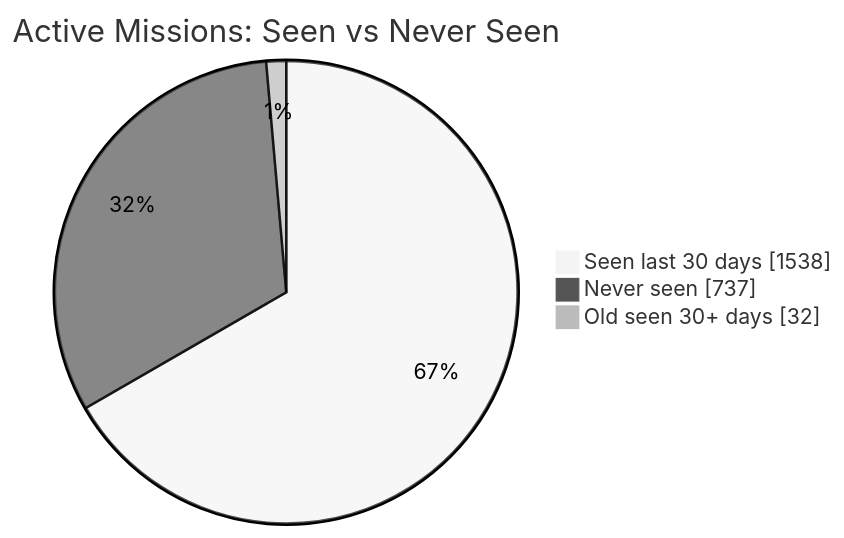
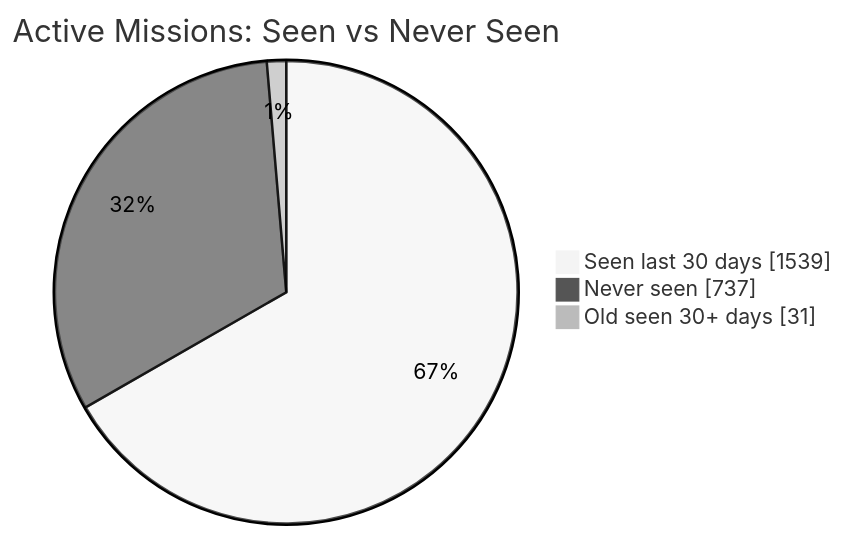
One commit to MeldkamerspelGameTeam/active-missions changed the first of 2 diagrams in README.md. Above: the diagram before and after it, drawn with Mermaid (neutral theme). The commit also changed other lines of this file and 3 other files, not shown here.

````diff
--- a/README.md
+++ b/README.md
@@ -34,7 +34,7 @@
 ```mermaid
 pie showData
     title Active Missions: Seen vs Never Seen
-    "Seen last 30 days" : 1538
+    "Seen last 30 days" : 1539
     "Never seen" : 737
-    "Old seen 30+ days" : 32
+    "Old seen 30+ days" : 31
 ```
````
